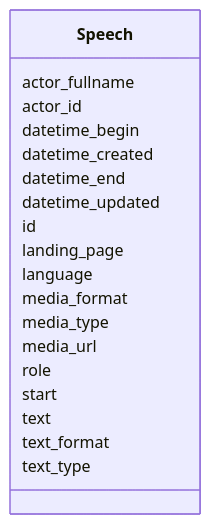
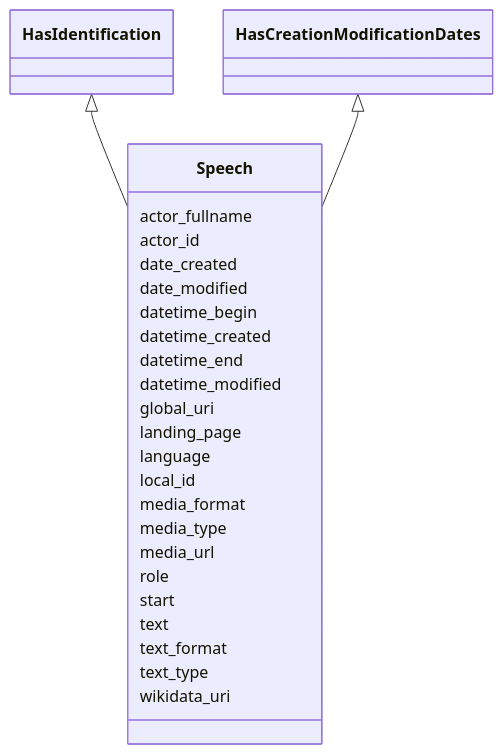
Before and after one commit to swiss/political-affairs-ech-group: the diagram in ech-0293_operations/output/docs/Speech.md, drawn with Mermaid. The commit also changed other lines of this file and 79 other files, not shown here.

````diff
--- a/ech-0293_operations/output/docs/Speech.md
+++ b/ech-0293_operations/output/docs/Speech.md
@@ -22,40 +22,53 @@
 ```mermaid
  classDiagram
     class Speech
     click Speech href "../Speech/"
+      HasIdentification <|-- Speech
+        click HasIdentification href "../HasIdentification/"
+      HasCreationModificationDates <|-- Speech
+        click HasCreationModificationDates href "../HasCreationModificationDates/"
+      
       Speech : actor_fullname
         
       Speech : actor_id
+        
+      Speech : date_created
+        
+      Speech : date_modified
         
       Speech : datetime_begin
         
       Speech : datetime_created
         
       Speech : datetime_end
         
-      Speech : datetime_updated
+      Speech : datetime_modified
         
-      Speech : id
+      Speech : global_uri
         
       Speech : landing_page
         
       Speech : language
+        
+      Speech : local_id
         
       Speech : media_format
         
       Speech : media_type
         
       Speech : media_url
         
       Speech : role
         
       Speech : start
         
       Speech : text
         
       Speech : text_format
         
       Speech : text_type
         
+      Speech : wikidata_uri
+        
       
 ```
````
